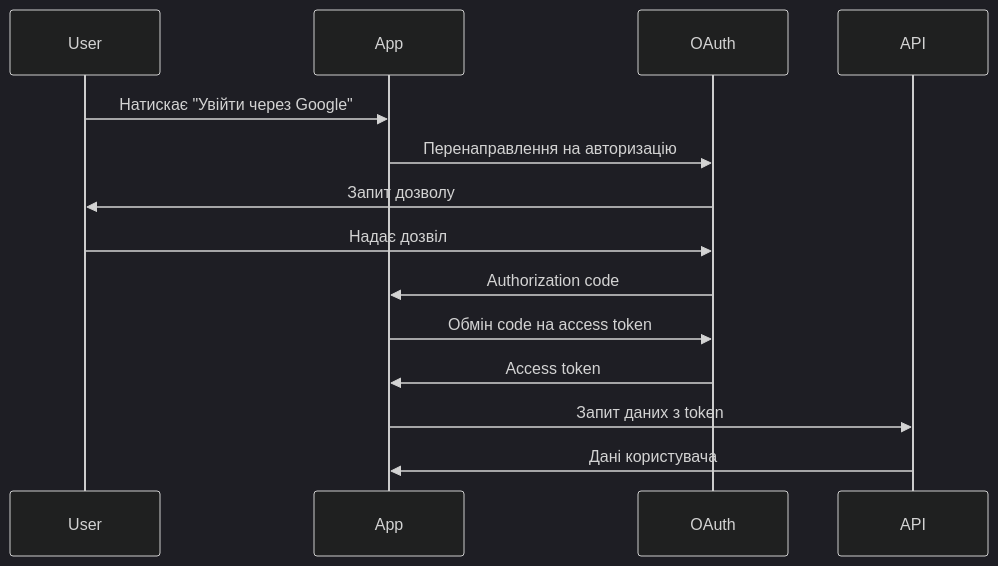
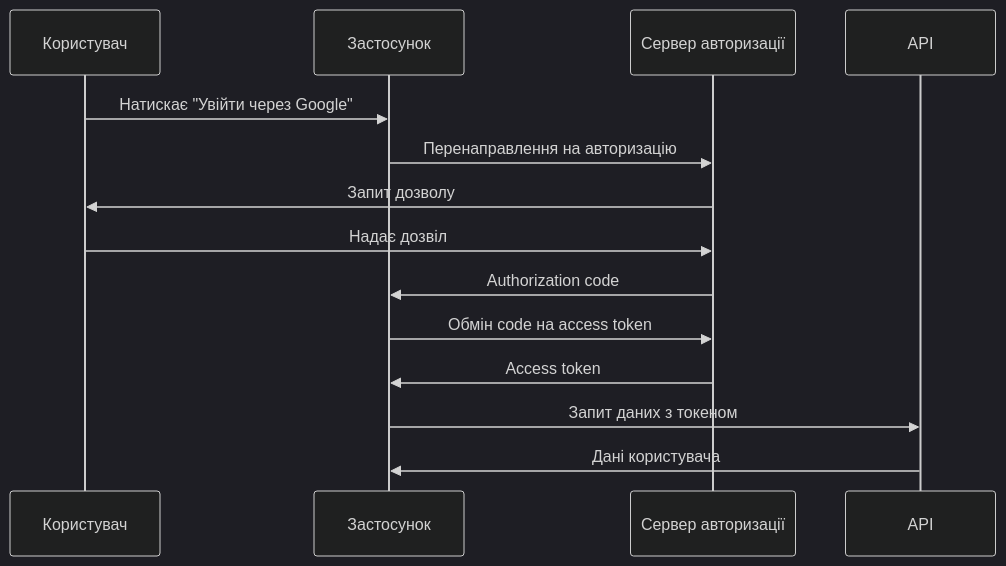
One commit to olroi421/course-opi-v2 changed the third of 3 diagrams in presentations/presentation-14.md. Above: the diagram before and after it, drawn with Mermaid (dark theme). The commit also changed other lines of this file and 9 other files, not shown here.

````diff
--- a/presentations/presentation-14.md
+++ b/presentations/presentation-14.md
@@ -217,17 +315,17 @@
 ```mermaid
 sequenceDiagram
-    participant User
-    participant App
-    participant OAuth
-    participant API
+    participant U as Користувач
+    participant A as Застосунок
+    participant O as Сервер авторизації
+    participant R as API
 
-    User->>App: Натискає "Увійти через Google"
-    App->>OAuth: Перенаправлення на авторизацію
-    OAuth->>User: Запит дозволу
-    User->>OAuth: Надає дозвіл
-    OAuth->>App: Authorization code
-    App->>OAuth: Обмін code на access token
-    OAuth->>App: Access token
-    App->>API: Запит даних з token
-    API->>App: Дані користувача
+    U->>A: Натискає "Увійти через Google"
+    A->>O: Перенаправлення на авторизацію
+    O->>U: Запит дозволу
+    U->>O: Надає дозвіл
+    O->>A: Authorization code
+    A->>O: Обмін code на access token
+    O->>A: Access token
+    A->>R: Запит даних з токеном
+    R->>A: Дані користувача
 ```
````
